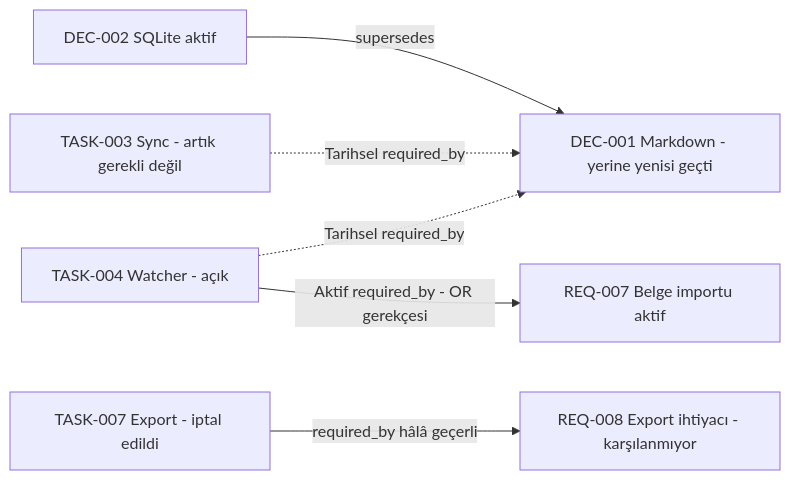
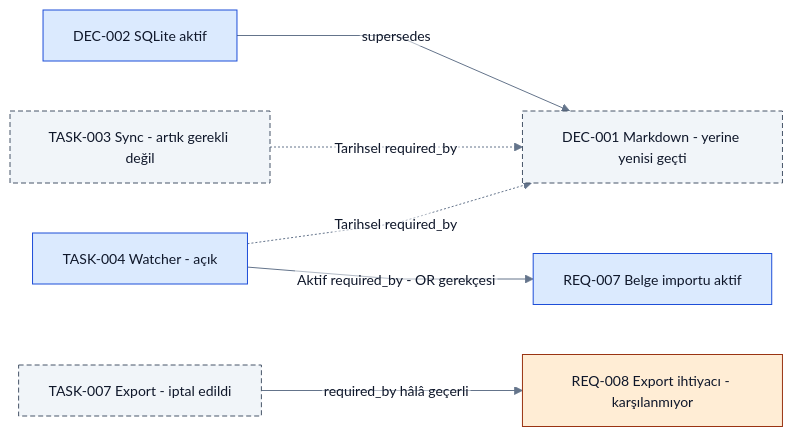
One commit to alphanAkbulut/decivora changed the first of 2 diagrams in docs/product/graph-experience.md. Above: the diagram before and after it, drawn with Mermaid. The commit also changed other lines of this file and 21 other files, not shown here.

Commit message:
Refresh all Mermaid diagrams, clarify decision states and document rendering evidence

````diff
--- a/docs/product/graph-experience.md
+++ b/docs/product/graph-experience.md
@@ -51,8 +54,17 @@
 ```mermaid
+%%{init: {"theme":"base","themeVariables":{"fontFamily":"Arial, sans-serif","fontSize":"14px","primaryColor":"#eff6ff","primaryTextColor":"#0f172a","primaryBorderColor":"#1d4ed8","lineColor":"#64748b","secondaryColor":"#ccfbf1","tertiaryColor":"#f1f5f9","background":"#ffffff","mainBkg":"#eff6ff","textColor":"#0f172a","clusterBkg":"#f8fafc","clusterBorder":"#94a3b8","edgeLabelBackground":"#ffffff","actorBkg":"#eff6ff","actorTextColor":"#0f172a","actorBorder":"#1d4ed8","signalColor":"#64748b","signalTextColor":"#0f172a","noteBkgColor":"#fef3c7","noteTextColor":"#0f172a","noteBorderColor":"#92400e"},"flowchart":{"htmlLabels":false,"curve":"linear"},"sequence":{"wrap":true},"themeCSS":"background-color:#ffffff;"}}%%
 flowchart LR
+    accTitle: Güncel gerekçe ve tarihsel iptal örneği
+    accDescr: Önerilen tasarım veya açıkça belirtilen sentetik örnek. Renkler alan ve kontrol türünü gösterir; implemented veya passed kanıtı değildir. Yetki, revision ve coverage sınırları korunur.
     D2[DEC-002 SQLite aktif] -->|supersedes| D1[DEC-001 Markdown - yerine yenisi geçti]
     T3[TASK-003 Sync - artık gerekli değil] -.->|Tarihsel required_by| D1
     T4[TASK-004 Watcher - açık] -.->|Tarihsel required_by| D1
     T4 -->|Aktif required_by - OR gerekçesi| R[REQ-007 Belge importu aktif]
     T7[TASK-007 Export - iptal edildi] -->|required_by hâlâ geçerli| R2[REQ-008 Export ihtiyacı - karşılanmıyor]
+    classDef process fill:#dbeafe,stroke:#1d4ed8,color:#0f172a
+    classDef history fill:#f1f5f9,stroke:#475569,color:#0f172a,stroke-dasharray:5 3
+    classDef warning fill:#ffedd5,stroke:#9a3412,color:#0f172a
+    class D2,T4,R process
+    class D1,T3,T7 history
+    class R2 warning
 ```
````
